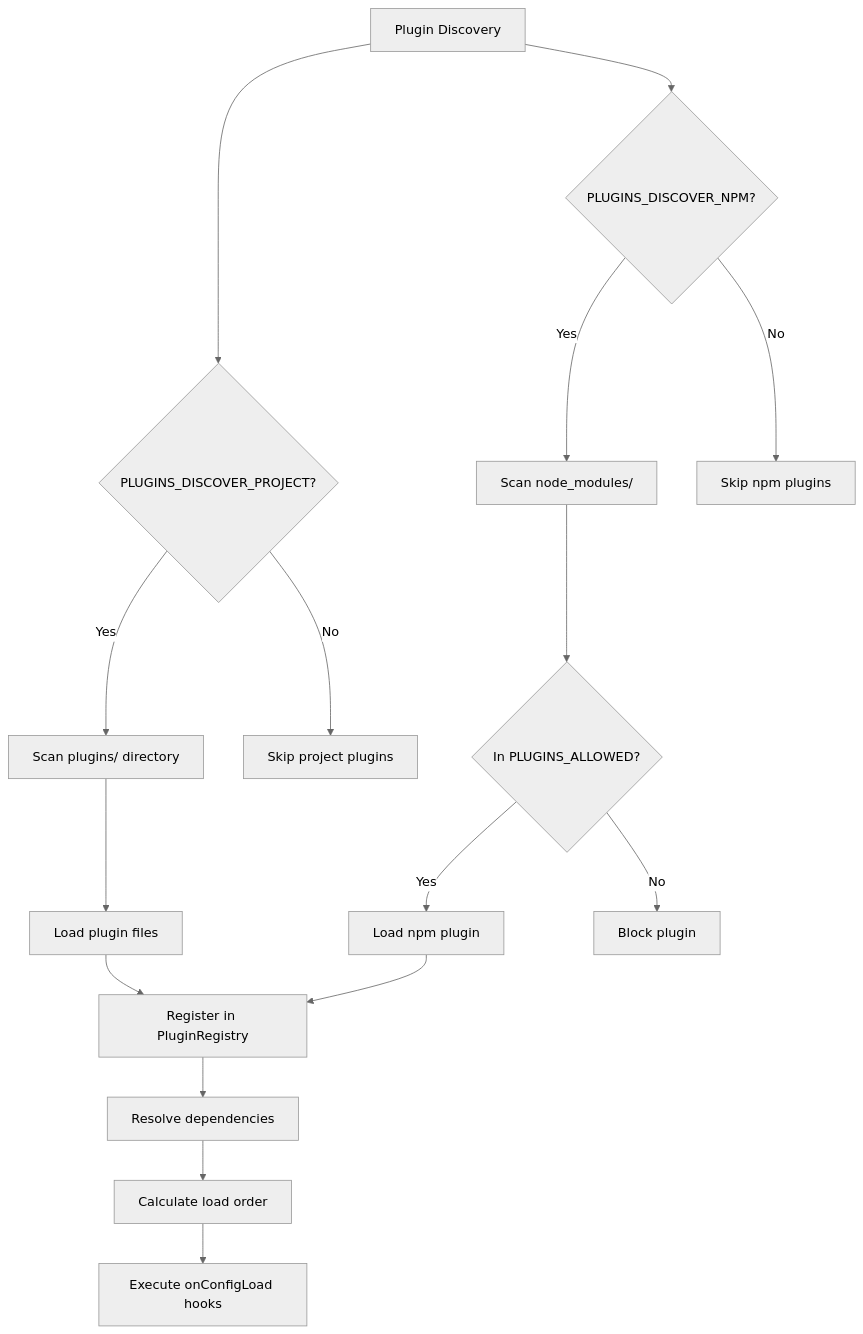
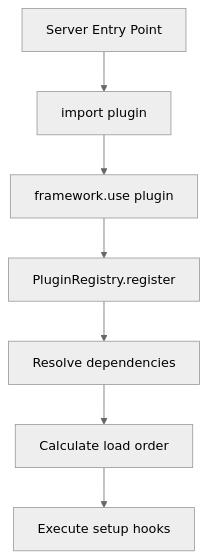
Before and after one commit to FluxStackCore/FluxStack: the diagram in LLMD/core/plugin-system.md, drawn with Mermaid (neutral theme). The commit also changed other lines of this file and 28 other files, not shown here.

````diff
--- a/LLMD/core/plugin-system.md
+++ b/LLMD/core/plugin-system.md
@@ -98,20 +122,9 @@
 ```mermaid
 graph TD
-    A[Plugin Discovery] --> B{PLUGINS_DISCOVER_PROJECT?}
-    B -->|Yes| C[Scan plugins/ directory]
-    B -->|No| D[Skip project plugins]
-    C --> E[Load plugin files]
-    
-    A --> F{PLUGINS_DISCOVER_NPM?}
-    F -->|Yes| G[Scan node_modules/]
-    F -->|No| H[Skip npm plugins]
-    G --> I{In PLUGINS_ALLOWED?}
-    I -->|Yes| J[Load npm plugin]
-    I -->|No| K[Block plugin]
-    
-    E --> L[Register in PluginRegistry]
-    J --> L
-    L --> M[Resolve dependencies]
-    M --> N[Calculate load order]
-    N --> O[Execute onConfigLoad hooks]
+    A[Server Entry Point] --> B[import plugin]
+    B --> C[framework.use plugin]
+    C --> D[PluginRegistry.register]
+    D --> E[Resolve dependencies]
+    E --> F[Calculate load order]
+    F --> G[Execute setup hooks]
 ```
````
